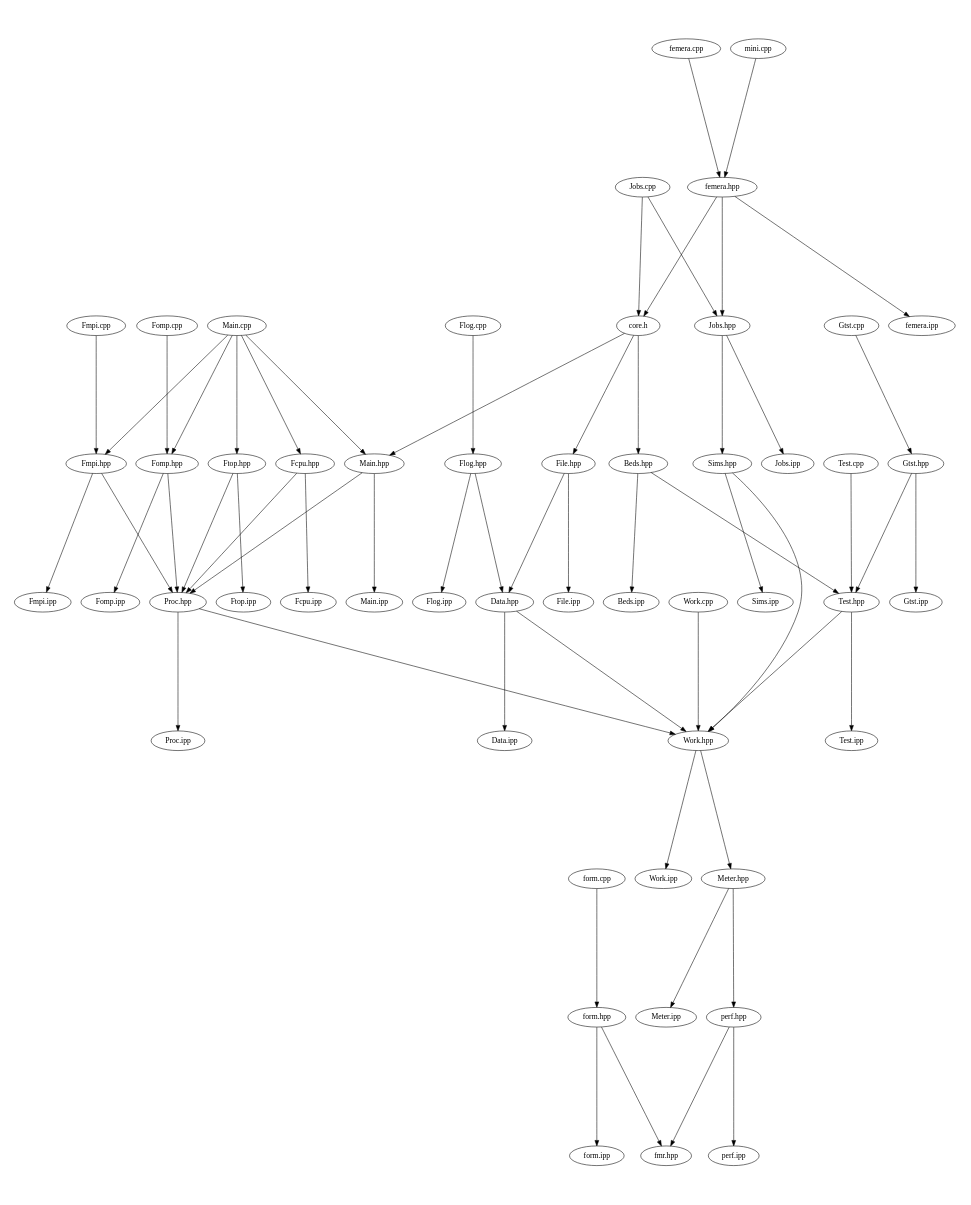
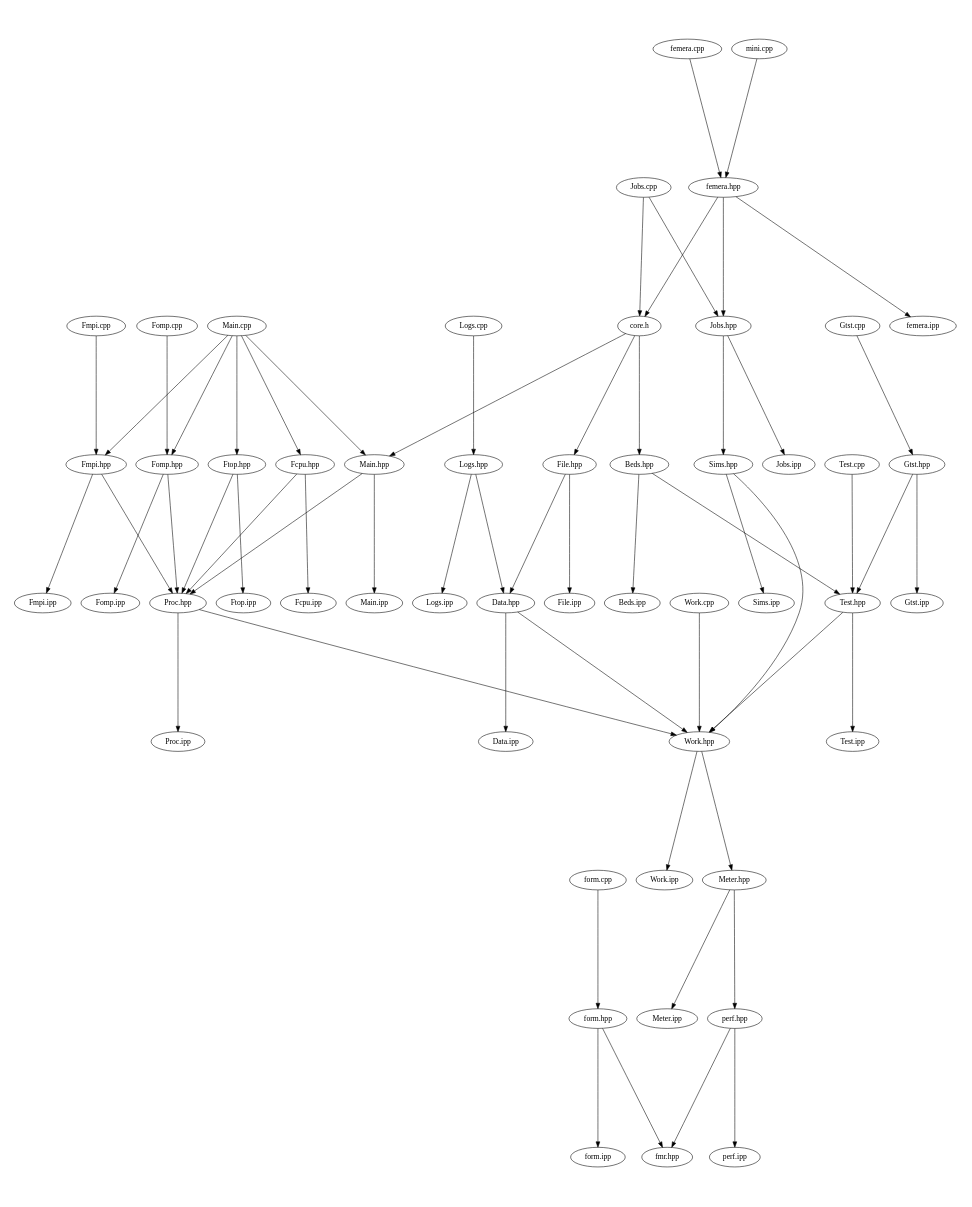
The diagram in src/docs/src-notest.dot (waggyz/femera-mini-app), drawn with Graphviz before and after one commit. The commit also changed 7 other files, not shown here.

```diff
--- a/src/docs/src-notest.dot
+++ b/src/docs/src-notest.dot
@@ -1,66 +1,66 @@
 digraph "source tree" {
     overlap=scale;
     size="8,10";
     ratio="fill";
     fontsize="16";
     fontname="Helvetica";
 	clusterrank="local";
 	"femera.hpp" -> "Jobs.hpp"
 	"Meter.hpp" -> "perf.hpp"
 	"Main.cpp" -> "Fomp.hpp"
 	"Sims.hpp" -> "Work.hpp"
 	"femera.cpp" -> "femera.hpp"
 	"Fmpi.hpp" -> "Fmpi.ipp"
 	"Sims.hpp" -> "Sims.ipp"
 	"Jobs.hpp" -> "Jobs.ipp"
 	"Fomp.cpp" -> "Fomp.hpp"
+	"Logs.cpp" -> "Logs.hpp"
 	"Main.cpp" -> "Main.hpp"
 	"Proc.hpp" -> "Proc.ipp"
 	"Main.cpp" -> "Fmpi.hpp"
 	"core.h" -> "Main.hpp"
 	"Main.cpp" -> "Fcpu.hpp"
 	"Ftop.hpp" -> "Ftop.ipp"
 	"perf.hpp" -> "fmr.hpp"
 	"Data.hpp" -> "Data.ipp"
 	"Work.hpp" -> "Work.ipp"
 	"Main.cpp" -> "Ftop.hpp"
 	"Fmpi.hpp" -> "Proc.hpp"
 	"Test.hpp" -> "Work.hpp"
 	"form.hpp" -> "form.ipp"
 	"Gtst.cpp" -> "Gtst.hpp"
 	"femera.hpp" -> "femera.ipp"
 	"Fcpu.hpp" -> "Proc.hpp"
 	"Fomp.hpp" -> "Proc.hpp"
-	"Flog.hpp" -> "Data.hpp"
 	"File.hpp" -> "File.ipp"
 	"Meter.hpp" -> "Meter.ipp"
 	"core.h" -> "File.hpp"
 	"Fomp.hpp" -> "Fomp.ipp"
+	"Logs.hpp" -> "Data.hpp"
 	"Gtst.hpp" -> "Gtst.ipp"
 	"form.cpp" -> "form.hpp"
 	"perf.hpp" -> "perf.ipp"
 	"Fmpi.cpp" -> "Fmpi.hpp"
 	"core.h" -> "Beds.hpp"
 	"Fcpu.hpp" -> "Fcpu.ipp"
 	"Work.cpp" -> "Work.hpp"
 	"Main.hpp" -> "Main.ipp"
 	"Test.cpp" -> "Test.hpp"
 	"Jobs.hpp" -> "Sims.hpp"
 	"Jobs.cpp" -> "Jobs.hpp"
+	"Logs.hpp" -> "Logs.ipp"
 	"Ftop.hpp" -> "Proc.hpp"
 	"File.hpp" -> "Data.hpp"
 	"mini.cpp" -> "femera.hpp"
 	"Beds.hpp" -> "Test.hpp"
 	"Proc.hpp" -> "Work.hpp"
 	"form.hpp" -> "fmr.hpp"
 	"Gtst.hpp" -> "Test.hpp"
-	"Flog.cpp" -> "Flog.hpp"
 	"Data.hpp" -> "Work.hpp"
 	"Beds.hpp" -> "Beds.ipp"
 	"femera.hpp" -> "core.h"
 	"Jobs.cpp" -> "core.h"
 	"Work.hpp" -> "Meter.hpp"
 	"Main.hpp" -> "Proc.hpp"
-	"Flog.hpp" -> "Flog.ipp"
 	"Test.hpp" -> "Test.ipp"
 }
```
